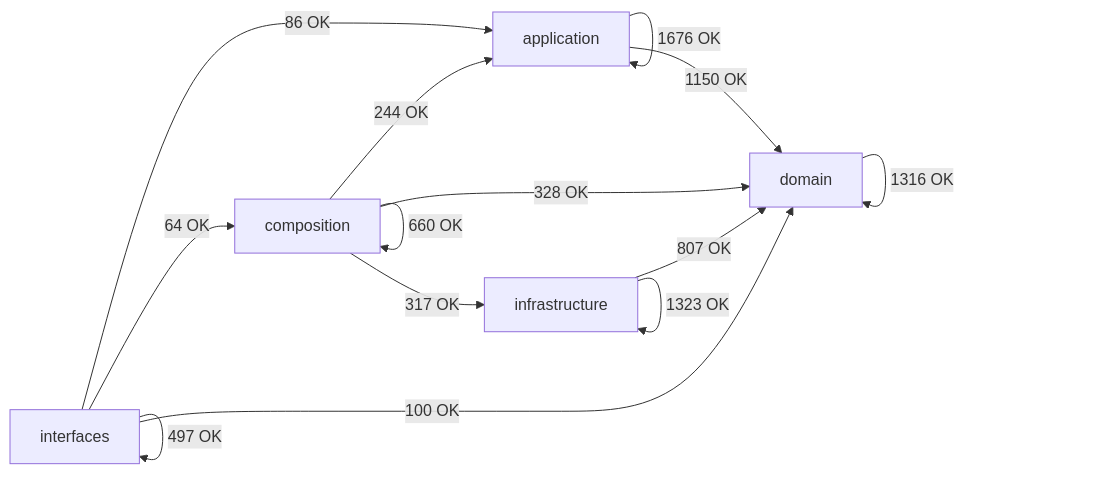
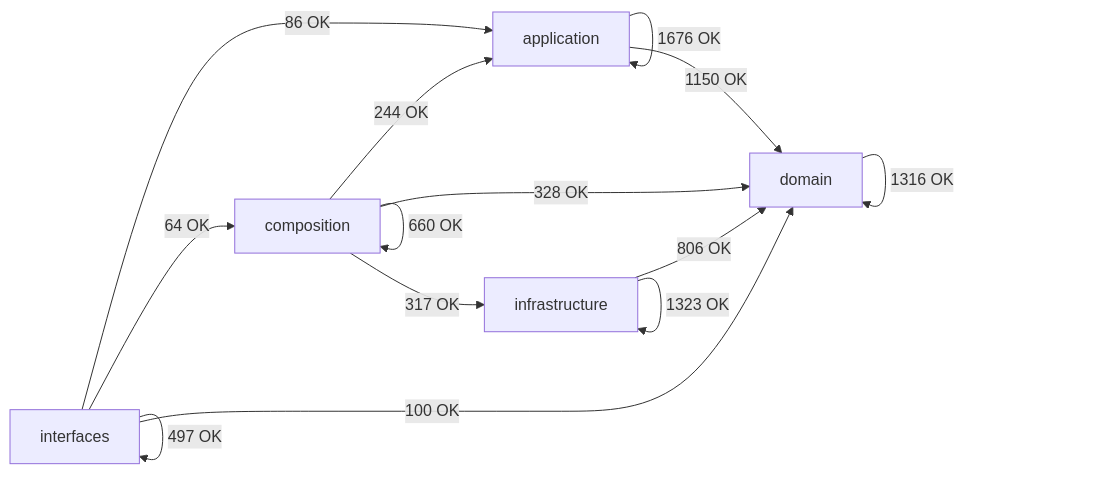
The diagram in docs/02-architecture/generated/module-dependency-map.md (SatoryKono/BioactivityDataAcquisition), drawn with Mermaid before and after one commit. The commit also changed other lines of this file and 3 other files, not shown here.

````diff
--- a/docs/02-architecture/generated/module-dependency-map.md
+++ b/docs/02-architecture/generated/module-dependency-map.md
@@ -17,21 +17,21 @@
 ```mermaid
 flowchart LR
     domain[domain]
     application[application]
     infrastructure[infrastructure]
     composition[composition]
     interfaces[interfaces]
     application -->|1676 OK| application
     application -->|1150 OK| domain
     composition -->|244 OK| application
     composition -->|660 OK| composition
     composition -->|328 OK| domain
     composition -->|317 OK| infrastructure
     domain -->|1316 OK| domain
-    infrastructure -->|807 OK| domain
+    infrastructure -->|806 OK| domain
     infrastructure -->|1323 OK| infrastructure
     interfaces -->|86 OK| application
     interfaces -->|64 OK| composition
     interfaces -->|100 OK| domain
     interfaces -->|497 OK| interfaces
 ```
````
